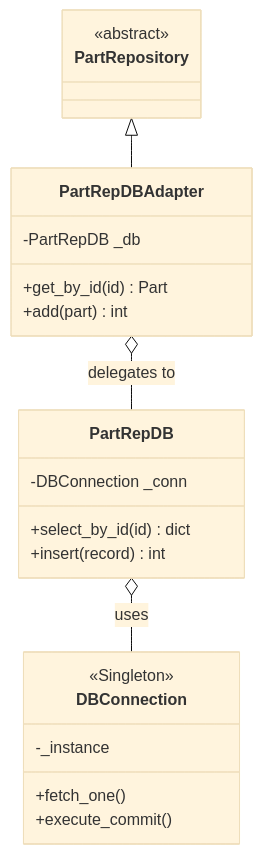
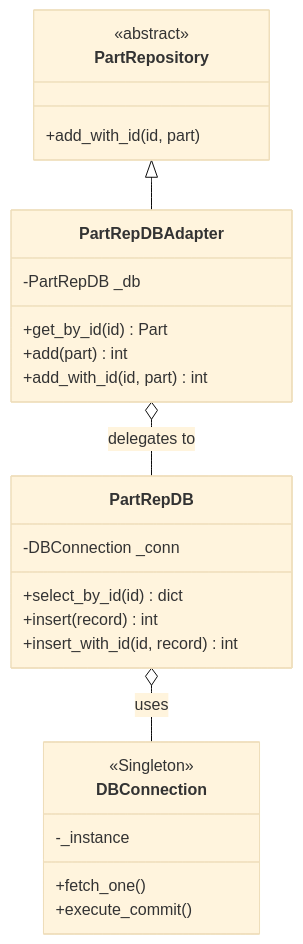
One commit to timxx21/lab2a changed the fifth of 7 diagrams in README.md. Above: the diagram before and after it, drawn with Mermaid (base theme). The commit also changed other lines of this file, not shown here.

````diff
--- a/README.md
+++ b/README.md
@@ -263,25 +277,28 @@
 ```mermaid
 classDiagram
     class PartRepository {
         <<abstract>>
+        +add_with_id(id, part)
     }
     class PartRepDBAdapter {
         -PartRepDB _db
         +get_by_id(id) Part
         +add(part) int
+        +add_with_id(id, part) int
     }
     class PartRepDB {
         -DBConnection _conn
         +select_by_id(id) dict
         +insert(record) int
+        +insert_with_id(id, record) int
     }
     class DBConnection {
         <<Singleton>>
         -_instance
         +fetch_one()
         +execute_commit()
     }
     PartRepository <|-- PartRepDBAdapter
     PartRepDBAdapter o-- PartRepDB : delegates to
     PartRepDB o-- DBConnection : uses
 ```
````
